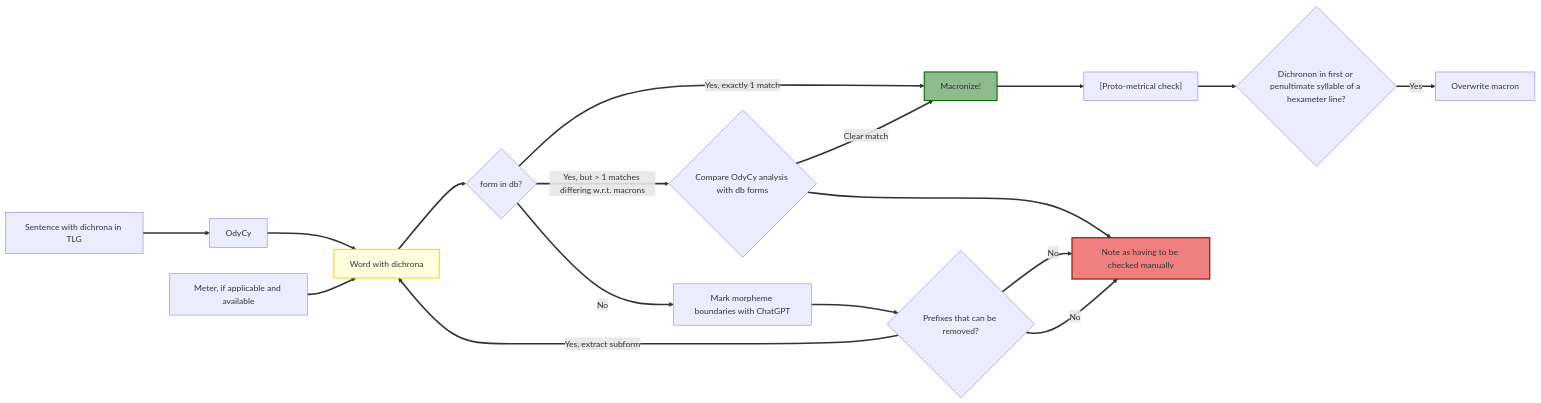
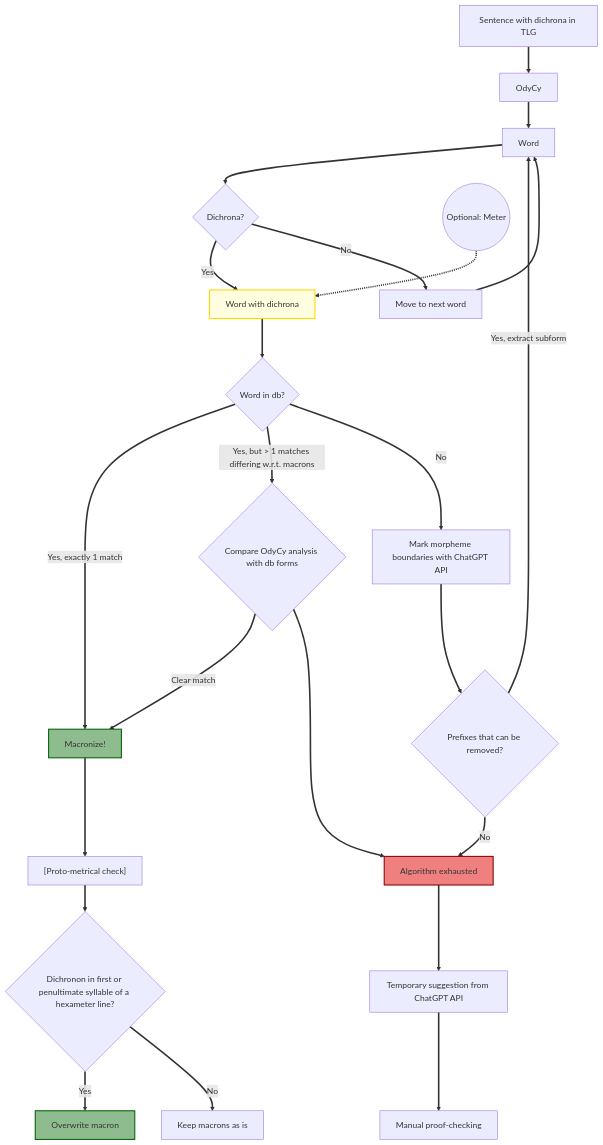
The diagram in README.md (Urdatorn/grc-macronizer), drawn with Mermaid before and after one commit.

````diff
--- a/README.md
+++ b/README.md
@@ -22,25 +22,31 @@
 ```mermaid
-graph LR
+graph TD
     classDef commentStyle fill:transparent,stroke:none,font-size:12px,font-style:italic;
     classDef successStyle fill:#8FBC8F,stroke:#006400,stroke-width:2px;
     classDef failStyle fill:#F08080,stroke:#8B0000,stroke-width:2px;
     classDef formStyle fill:#FFFFE0,stroke:#FFD700,stroke-width:2px;
     linkStyle default stroke-width:3px;
 
     TLG[Sentence with dichrona in TLG] --> OdyCy
-    OdyCy --> form[Word with dichrona]:::formStyle
-    Meter[Meter, if applicable and available] --> form
-    form --> Decision{form in db?}
+    OdyCy --> Word
+    Word --> Dichrona{Dichrona?}
+    Dichrona -->|Yes| WordDichrona
+    Dichrona -->|No| NextWord[Move to next word]
+    NextWord --> Word
+    Meter((Optional: Meter)) -.-> WordDichrona[Word with dichrona]:::formStyle
+    WordDichrona --> Decision{Word in db?}
     Decision -->|Yes, exactly 1 match| Success[Macronize!]:::successStyle
     Decision -->|Yes, but > 1 matches differing w.r.t. macrons| MorphSelector{Compare OdyCy analysis with db forms}
-    Decision -->|No| MorphBoundaries[Mark morpheme boundaries with ChatGPT]
+    Decision -->|No| MorphBoundaries[Mark morpheme boundaries with ChatGPT API]
     MorphBoundaries --> DecisionPrefixes{Prefixes that can be removed?}
-    DecisionPrefixes -->|Yes, extract subform| form
-    DecisionPrefixes -->|No| Fail[Note as having to be checked manually]:::failStyle
+    DecisionPrefixes -->|Yes, extract subform| Word
+    DecisionPrefixes -->|No| Fail[Algorithm exhausted]:::failStyle
+    Fail --> Placeholder[Temporary suggestion from ChatGPT API]
+    Placeholder --> Manual[Manual proof-checking]
     MorphSelector -->|Clear match| Success[Macronize!]:::successStyle
     MorphSelector --> Fail:::failStyle
     Success --> MetricCheck[Optional proto-metrical check]
     MetricCheck["[Proto-metrical check]"] --> DecisionMeter{Dichronon in first or penultimate syllable of a hexameter line?}
-    DecisionMeter -->|Yes| Overwrite[Overwrite macron]
-    DecisionPrefixes -->|No| Fail[Note as having to be checked manually]:::failStyle
+    DecisionMeter -->|Yes| Overwrite[Overwrite macron]:::successStyle
+    DecisionMeter -->|No| Keep[Keep macrons as is]
 ```
````
